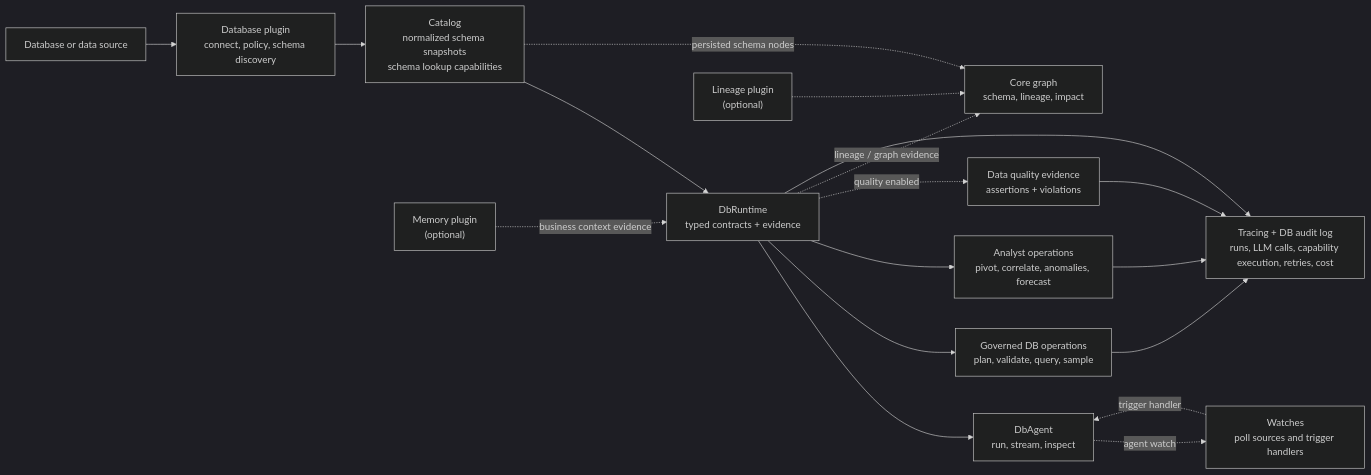
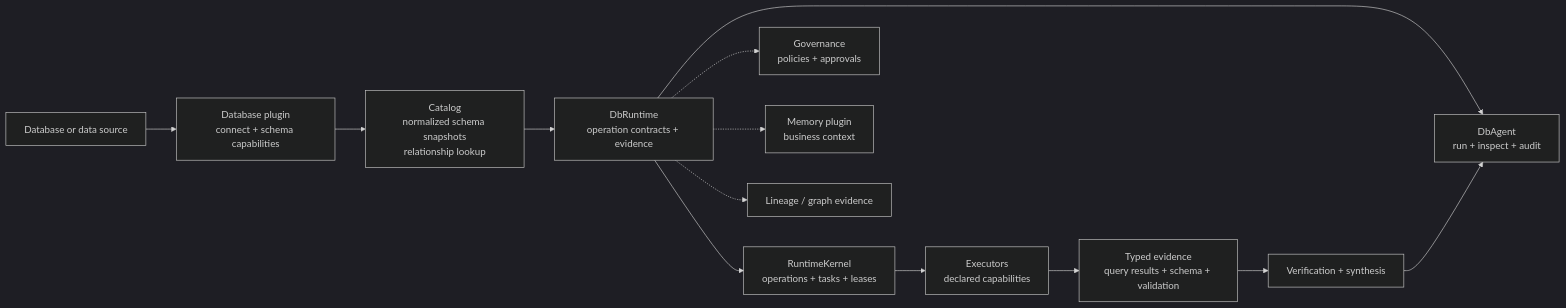
Before and after one commit to Daita-Corp/daita-agents: the diagram in README.md, drawn with Mermaid (dark theme). The commit also changed other lines of this file and 16 other files, not shown here.

Commit message:
change: core skill runtime

````diff
--- a/README.md
+++ b/README.md
@@ -7,23 +17,17 @@
 ```mermaid
 flowchart LR
-    Source["Database or data source"] --> DB["Database plugin<br/>connect, policy, schema discovery"]
-    DB --> Catalog["Catalog<br/>normalized schema snapshots<br/>schema lookup capabilities"]
-    Catalog --> Runtime["DbRuntime<br/>typed contracts + evidence"]
-    Runtime --> Agent["DbAgent<br/>run, stream, inspect"]
+    Source["Database or data source"] --> DB["Database plugin<br/>connect + schema capabilities"]
+    DB --> Catalog["Catalog<br/>normalized schema snapshots<br/>relationship lookup"]
+    Catalog --> Runtime["DbRuntime<br/>operation contracts + evidence"]
+    Runtime --> Agent["DbAgent<br/>run + inspect + audit"]
 
-    Catalog -.->|"persisted schema nodes"| Graph["Core graph<br/>schema, lineage, impact"]
-    Lineage["Lineage plugin<br/>(optional)"] -.-> Graph
-    Memory["Memory plugin<br/>(optional)"] -.->|"business context evidence"| Runtime
+    Runtime --> Tasks["RuntimeKernel<br/>operations + tasks + leases"]
+    Tasks --> Exec["Executors<br/>declared capabilities"]
+    Exec --> Evidence["Typed evidence<br/>query results + schema + validation"]
+    Evidence --> Verify["Verification + synthesis"]
+    Verify --> Agent
 
-    Runtime --> Query["Governed DB operations<br/>plan, validate, query, sample"]
-    Runtime --> Analyst["Analyst operations<br/>pivot, correlate, anomalies, forecast"]
-    Runtime -.->|"quality enabled"| Quality["Data quality evidence<br/>assertions + violations"]
-    Runtime -.->|"lineage / graph evidence"| Graph
-    Agent -.->|"agent watch"| Watch["Watches<br/>poll sources and trigger handlers"]
-    Watch -.->|"trigger handler"| Agent
-
-    Runtime --> Tracing["Tracing + DB audit log<br/>runs, LLM calls, capability execution, retries, cost"]
-    Query --> Tracing
-    Analyst --> Tracing
-    Quality --> Tracing
+    Runtime -.-> Governance["Governance<br/>policies + approvals"]
+    Runtime -.-> Memory["Memory plugin<br/>business context"]
+    Runtime -.-> Lineage["Lineage / graph evidence"]
 ```
````
